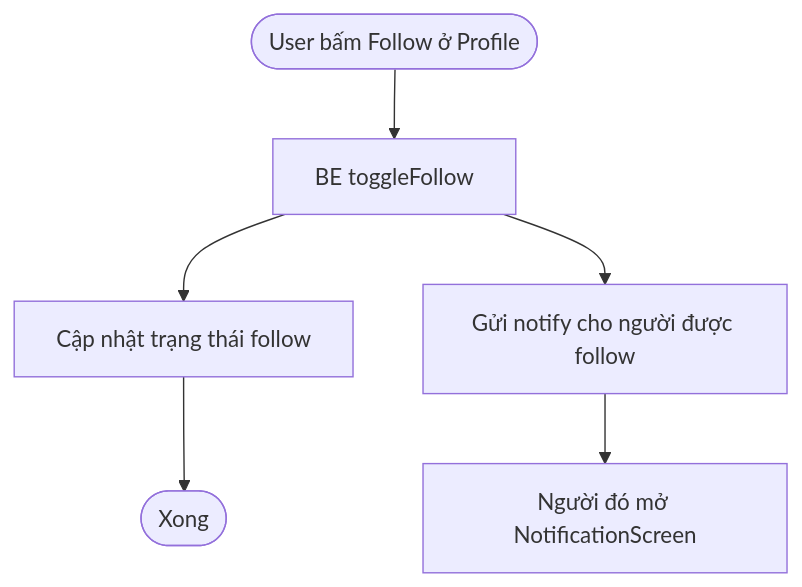
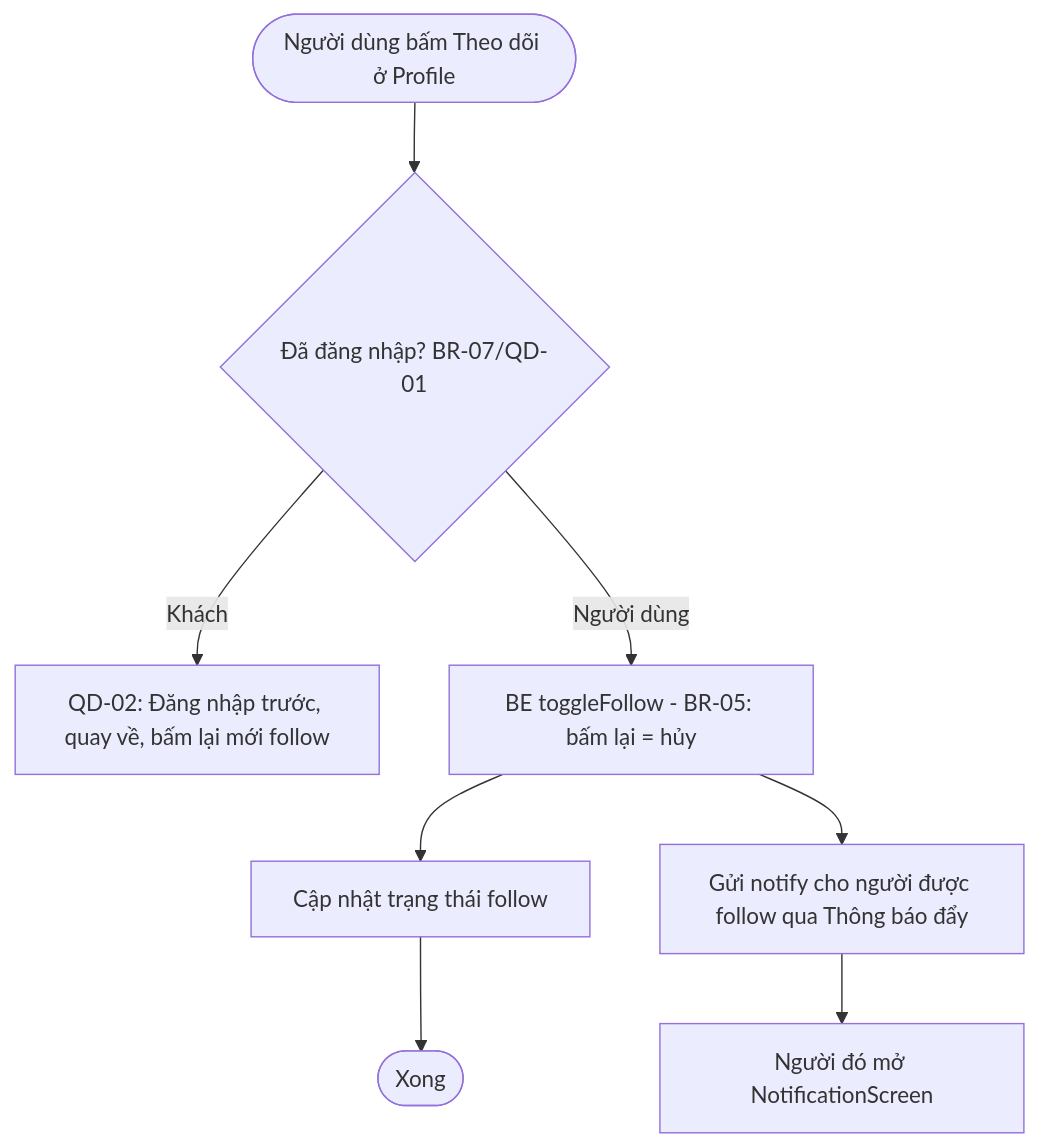
The third of 5 diagrams in docs/phase1-requirements/2.2_process_flows_BE.md (anqp5002/ToMateTo), drawn with Mermaid before and after one commit. The commit also changed other lines of this file, not shown here.

Commit message:
docs(s1): sua process flows BE theo catalog lead UC-07/13/14/15/18/19

````diff
--- a/docs/phase1-requirements/2.2_process_flows_BE.md
+++ b/docs/phase1-requirements/2.2_process_flows_BE.md
@@ -44,8 +60,10 @@
 ```mermaid
 flowchart TB
-  U1([User bấm Follow ở Profile]) --> B1[BE toggleFollow]
+  U1([Người dùng bấm Theo dõi ở Profile]) --> A1{Đã đăng nhập? BR-07/QD-01}
+  A1 -- Khách --> L[QD-02: Đăng nhập trước, quay về, bấm lại mới follow]
+  A1 -- Người dùng --> B1[BE toggleFollow - BR-05: bấm lại = hủy]
   B1 --> P1[Cập nhật trạng thái follow]
-  B1 --> P2[Gửi notify cho người được follow]
+  B1 --> P2[Gửi notify cho người được follow qua Thông báo đẩy]
   P1 --> END([Xong])
   P2 --> N1[Người đó mở NotificationScreen]
 ```
````
